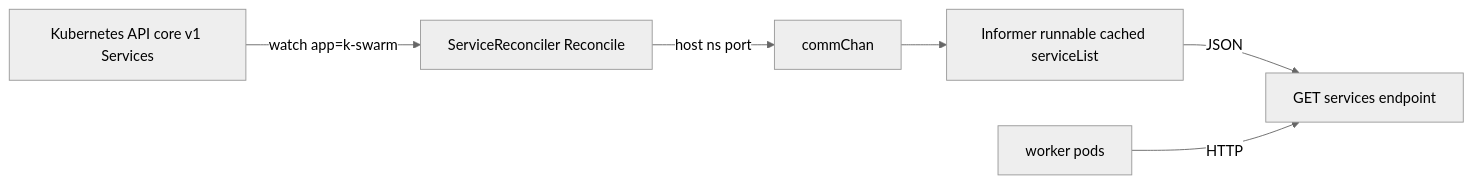
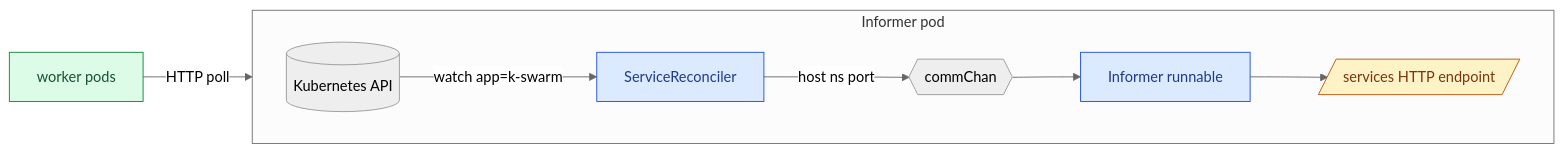
Before and after one commit to h0tbird/k-swarm: the fourth of 6 diagrams in docs/architecture.md, drawn with Mermaid (neutral theme). The commit also changed other lines of this file, not shown here.

Commit message:
Fix diagrams

````diff
--- a/docs/architecture.md
+++ b/docs/architecture.md
@@ -164,15 +186,25 @@
 ```mermaid
 flowchart LR
-    K[Kubernetes API core v1 Services]
-    R[ServiceReconciler Reconcile]
-    C[commChan]
-    G[Informer runnable cached serviceList]
-    H[GET services endpoint]
-    Worker[worker pods]
+    subgraph InformerPod[Informer pod]
+        direction LR
+        K[(Kubernetes API)]
+        R[ServiceReconciler]
+        C{{commChan}}
+        G[Informer runnable]
+        H[/services HTTP endpoint/]
 
-    K -->|watch app=k-swarm| R
-    R -->|host ns port| C
-    C --> G
-    G -->|JSON| H
-    Worker -->|HTTP| H
+        K -->|watch app=k-swarm| R
+        R -->|host ns port| C
+        C --> G
+        G --> H
+    end
+
+    Worker[worker pods] -->|HTTP poll| H
+
+    classDef ctrl fill:#dbeafe,stroke:#1d4ed8,color:#1e3a8a;
+    classDef http fill:#fef3c7,stroke:#b45309,color:#78350f;
+    classDef worker fill:#dcfce7,stroke:#15803d,color:#14532d;
+    class R,G ctrl;
+    class H http;
+    class Worker worker;
 ```
````
